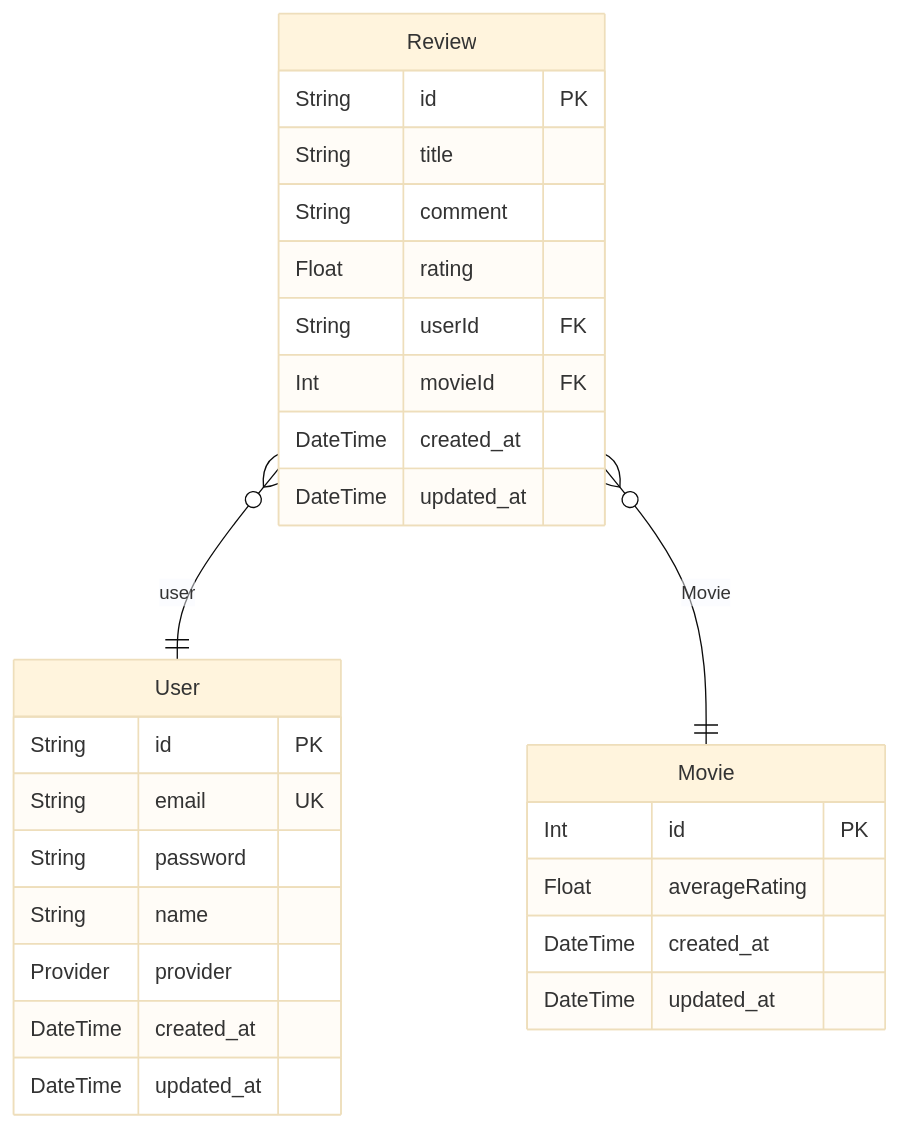
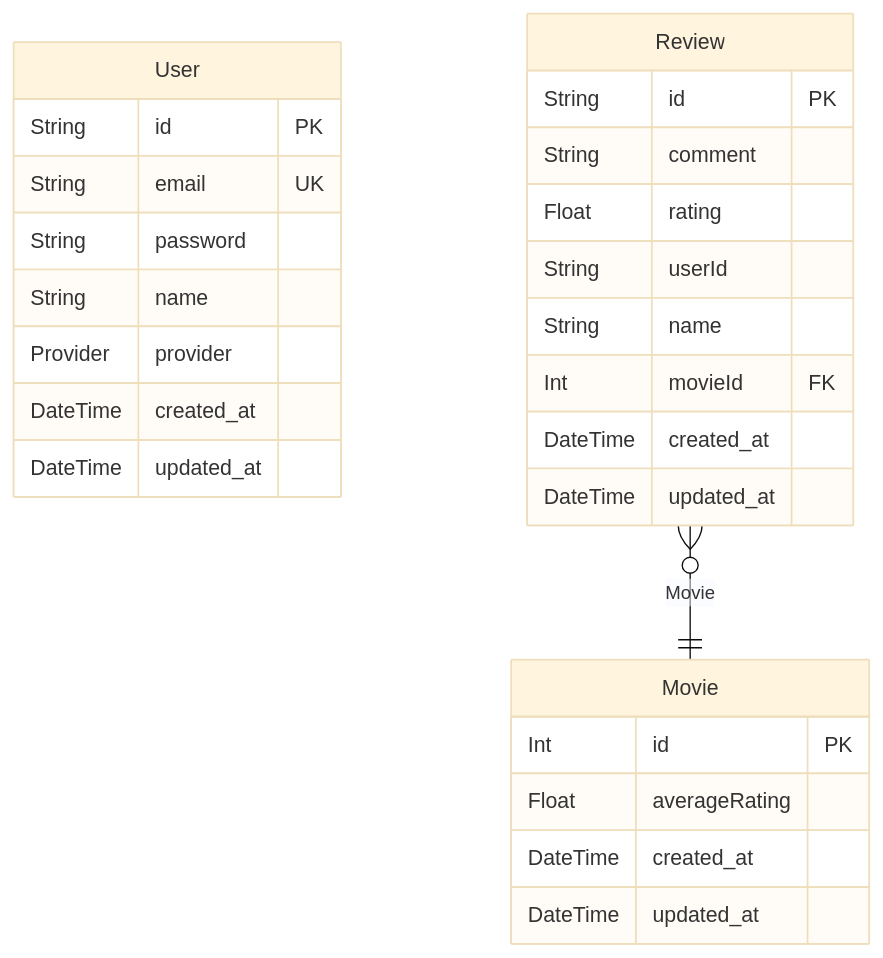
Before and after one commit to hojun-lee99/web-project: the diagram in server/prisma/ERD.md, drawn with Mermaid (base theme). The commit also changed other lines of this file and 4 other files, not shown here.

````diff
--- a/server/prisma/ERD.md
+++ b/server/prisma/ERD.md
@@ -7,30 +7,29 @@
 ```mermaid
 erDiagram
 "User" {
   String id PK
   String email UK
   String password
   String name
   Provider provider
   DateTime created_at
   DateTime updated_at
 }
 "Movie" {
   Int id PK
   Float averageRating
   DateTime created_at
   DateTime updated_at
 }
 "Review" {
   String id PK
-  String title
   String comment
   Float rating
-  String userId FK
+  String userId
+  String name
   Int movieId FK
   DateTime created_at
   DateTime updated_at
 }
-"Review" }o--|| "User" : user
 "Review" }o--|| "Movie" : Movie
 ```
````
